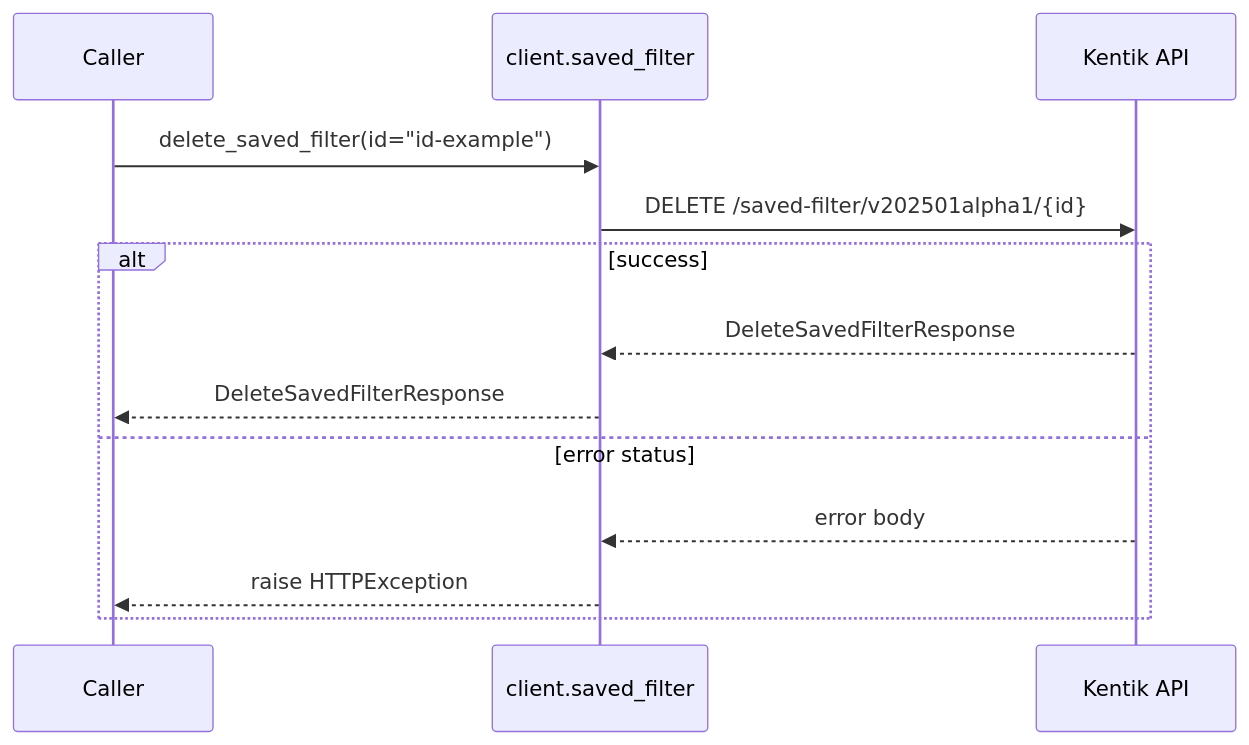
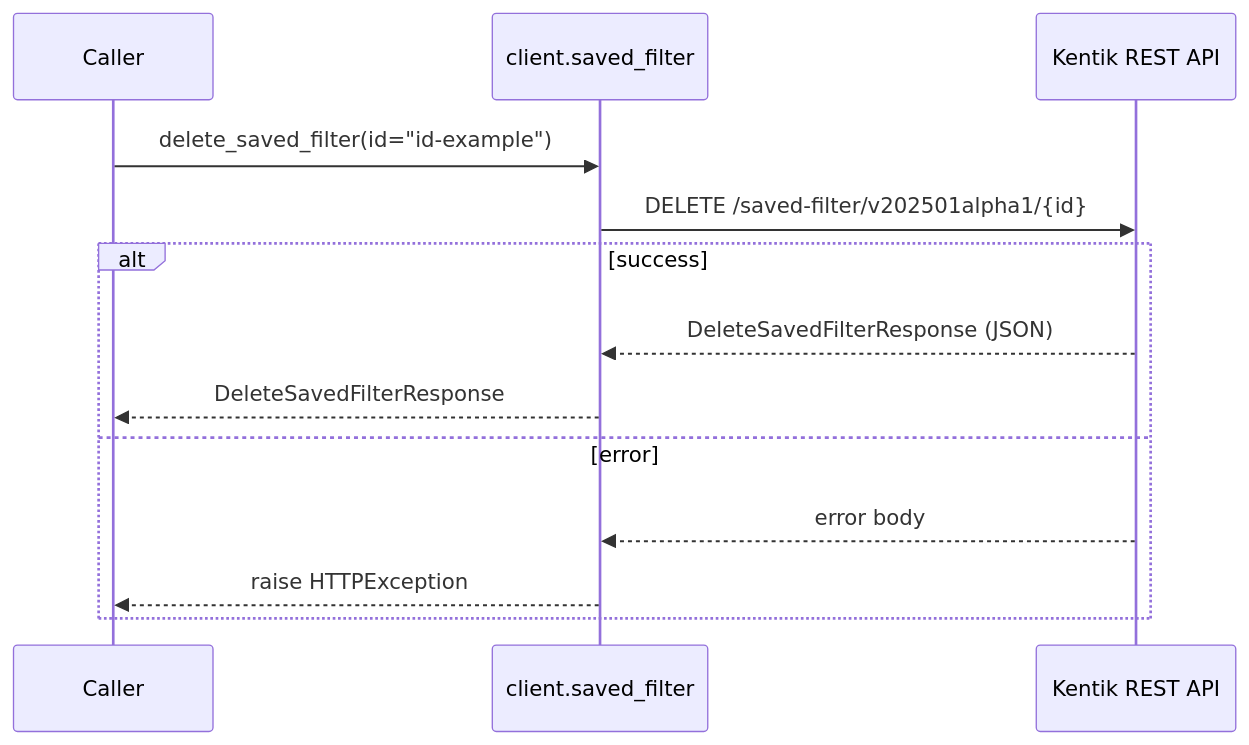
One commit to alexdearaujo/community_sdk_python changed the eighth of 14 diagrams in docs/sphinx/services/saved_filter.md. Above: the diagram before and after it, drawn with Mermaid. The commit also changed other lines of this file and 61 other files, not shown here.

````diff
--- a/docs/sphinx/services/saved_filter.md
+++ b/docs/sphinx/services/saved_filter.md
@@ -182,16 +259,16 @@
 ```mermaid
 sequenceDiagram
     participant C as Caller
     participant W as client.saved_filter
-    participant API as Kentik API
+    participant API as Kentik REST API
 
     C->>W: delete_saved_filter(id="id-example")
     W->>API: DELETE /saved-filter/v202501alpha1/{id}
     alt success
-        API-->>W: DeleteSavedFilterResponse
+        API-->>W: DeleteSavedFilterResponse (JSON)
         W-->>C: DeleteSavedFilterResponse
-    else error status
+    else error
         API-->>W: error body
         W-->>C: raise HTTPException
     end
 ```
````
